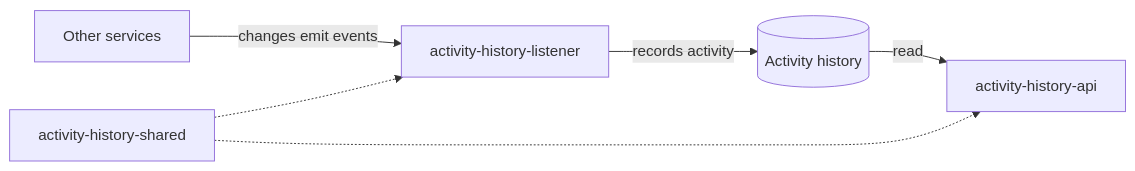
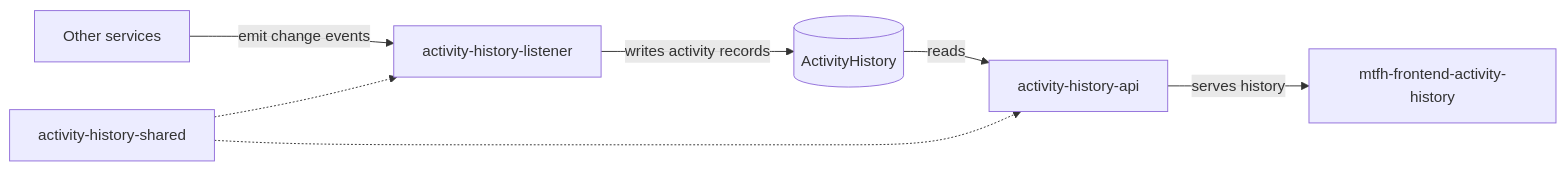
The diagram in README.md (LBHackney-IT/activity-history-api), drawn with Mermaid before and after one commit. The commit also changed other lines of this file and 1 other file, not shown here.

````diff
--- a/README.md
+++ b/README.md
@@ -60,8 +54,9 @@
 ```mermaid
 flowchart LR
-    A[Other services] -->|changes emit events| B[activity-history-listener]
-    B -->|records activity| C[(Activity history)]
-    C -->|read| D[activity-history-api]
+    A[Other services] -->|emit change events| B[activity-history-listener]
+    B -->|writes activity records| C[(ActivityHistory)]
+    C -->|reads| D[activity-history-api]
+    D -->|serves history| E[mtfh-frontend-activity-history]
     S[activity-history-shared] -.-> B
     S -.-> D
 ```
````
